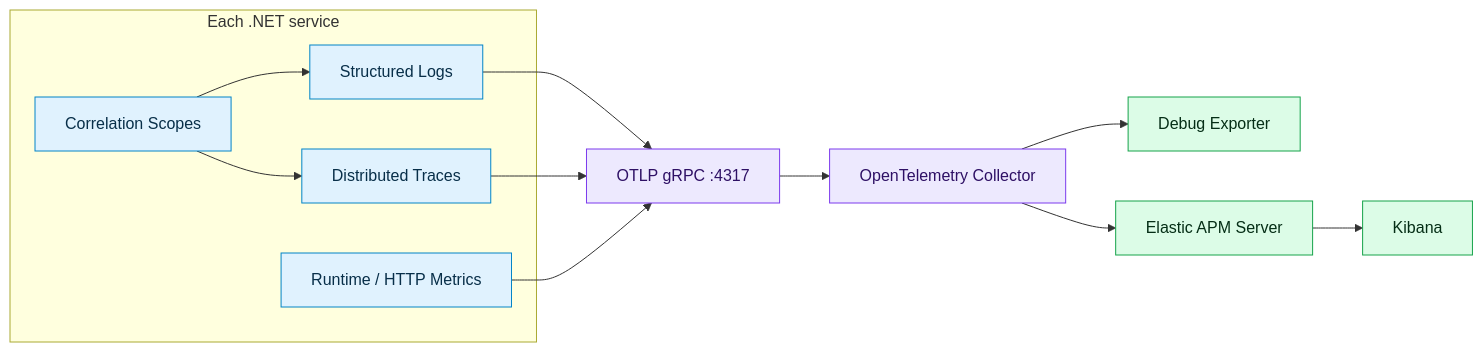
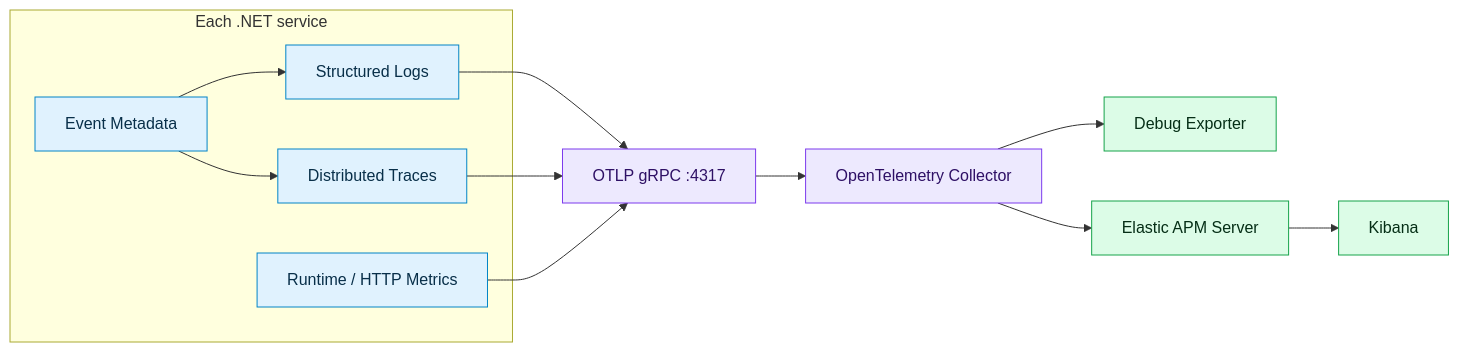
Before and after one commit to mohammad4x/ELK_Observability: the fourth of 4 diagrams in README.md, drawn with Mermaid. The commit also changed other lines of this file and 23 other files, not shown here.

````diff
--- a/README.md
+++ b/README.md
@@ -202,28 +189,28 @@
 ```mermaid
 flowchart LR
     subgraph App["Each .NET service"]
         Logs[Structured Logs]
         Traces[Distributed Traces]
         Metrics[Runtime / HTTP Metrics]
-        Scopes[Correlation Scopes]
+        Events[Event Metadata]
     end
 
     Logs --> OTLP[OTLP gRPC :4317]
     Traces --> OTLP
     Metrics --> OTLP
-    Scopes --> Logs
-    Scopes --> Traces
+    Events --> Logs
+    Events --> Traces
 
     OTLP --> Collector[OpenTelemetry Collector]
     Collector --> Debug[Debug Exporter]
     Collector --> Elastic[Elastic APM Server]
     Elastic --> Kibana[Kibana]
 
     classDef app fill:#e0f2fe,stroke:#0284c7,color:#082f49
     classDef pipe fill:#ede9fe,stroke:#7c3aed,color:#2e1065
     classDef elk fill:#dcfce7,stroke:#16a34a,color:#052e16
 
-    class Logs,Traces,Metrics,Scopes app
+    class Logs,Traces,Metrics,Events app
     class OTLP,Collector pipe
     class Debug,Elastic,Kibana elk
 ```
````
